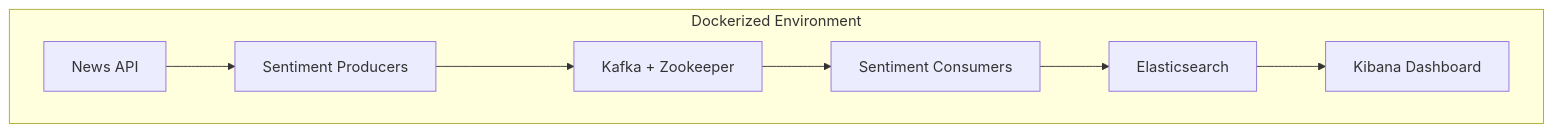
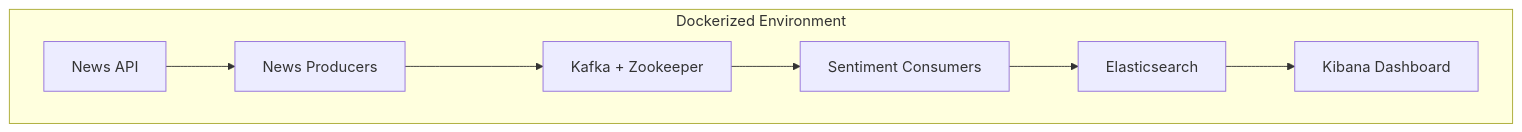
The diagram in README.md (MehdiJabir/Trump_news_Sentiment_BERT), drawn with Mermaid before and after one commit.

````diff
--- a/README.md
+++ b/README.md
@@ -24,15 +24,15 @@
 ```mermaid
 graph TD
-A[News API] --> B[Sentiment Producers] ---> C[Kafka + Zookeeper]
+A[News API] --> B[News Producers] ---> C[Kafka + Zookeeper]
 C --> D[Sentiment Consumers]
 D --> E[Elasticsearch]
 E --> F[Kibana Dashboard]
 subgraph Dockerized Environment
 A
 B
 C
 D
 E
 F
 end
 ```
````
